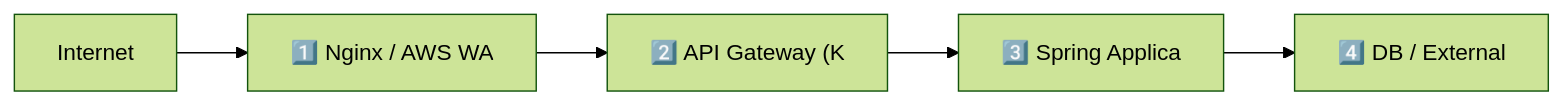
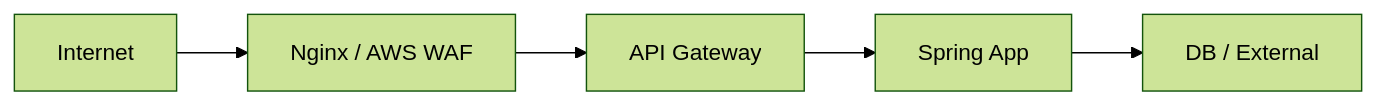
The second of 10 diagrams in _posts/spring/2026-05-01-rate-limiting.md (yjkim2015/yjkim2015.github.io), drawn with Mermaid (forest theme) before and after one commit. The commit also changed other lines of this file and 4 other files, not shown here.

````diff
--- a/_posts/spring/2026-05-01-rate-limiting.md
+++ b/_posts/spring/2026-05-01-rate-limiting.md
@@ -43,8 +39,7 @@
 ```mermaid
 graph LR
-    INT["Internet"]
-    INT --> NW["1️⃣ Nginx / AWS WA"]
-    NW --> GW["2️⃣ API Gateway (K"]
-    GW --> APP["3️⃣ Spring Applica"]
-    APP --> DB["4️⃣ DB / External"]
+    NET["Internet"] --> NX["Nginx / AWS WAF"]
+    NX --> GW["API Gateway"]
+    GW --> APP["Spring App"]
+    APP --> DS["DB / External"]
 ```
````
